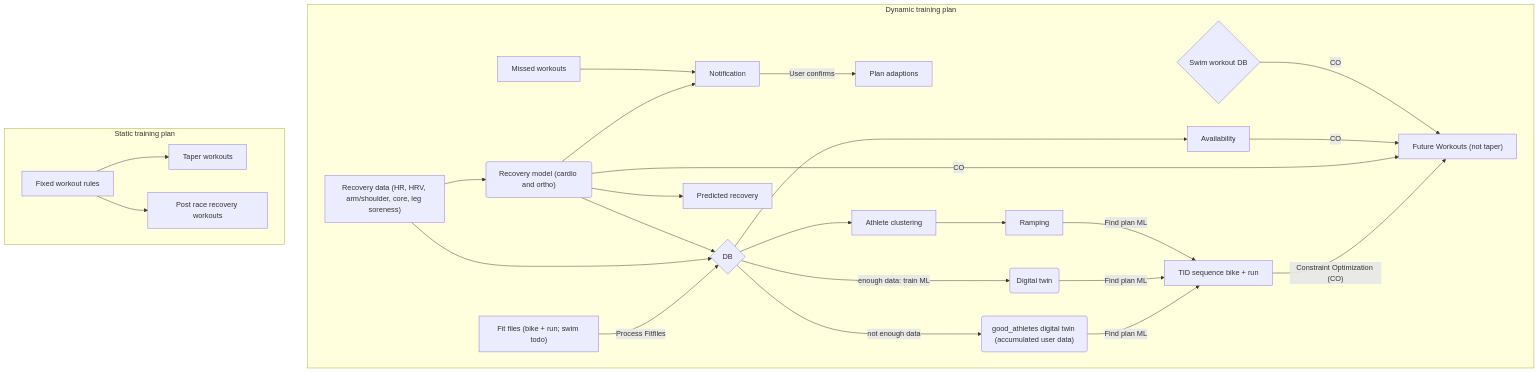
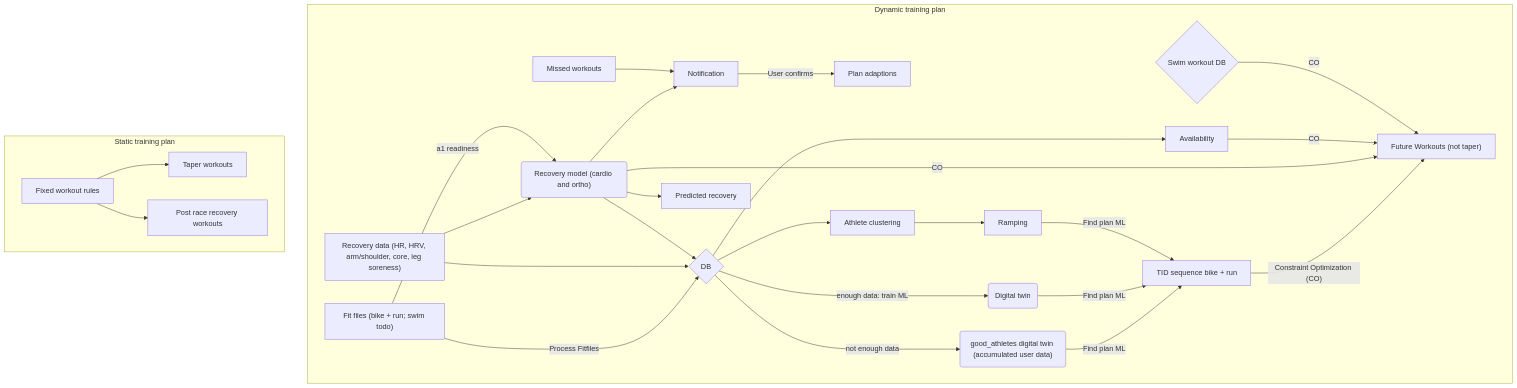
The diagram in README.md (mr-wasa/TE-documentation), drawn with Mermaid before and after one commit.

````diff
--- a/README.md
+++ b/README.md
@@ -1,29 +1,30 @@
 ```mermaid
 graph TD
 subgraph Dynamic training plan
     A["Fit files (bike + run; swim todo)"] -->|Process Fitfiles| B{DB}
     C["Recovery data (HR, HRV, arm/shoulder, core, leg soreness)"] --> B
     C --> D("Recovery model (cardio and ortho)")
+    A -->|a1 readiness| D
     D --> B
     B -->|not enough data| Ba("good_athletes digital twin (accumulated user data)")
     B -->|enough data: train ML| E(Digital twin)
     Ba -->|Find plan ML| F
     E -->|Find plan ML| F[TID sequence bike + run]
     F --> |"Constraint Optimization (CO)"| G["Future Workouts (not taper)"]
     D -->|CO| G
     H[Availability] -->|CO| G 
     B --> H
     D --> I[Notification]
     I -->|User confirms| J[Plan adaptions]
     D --> K[Predicted recovery]
     O{Swim workout DB} -->|CO| G
     B --> P
     P[Athlete clustering] --> R
     Q[Missed workouts] --> I
     R[Ramping] -->|Find plan ML| F
 end
 subgraph Static training plan
     L["Fixed workout rules"] --> M[Taper workouts]
     L --> N[Post race recovery workouts]
 end
 ```
````
